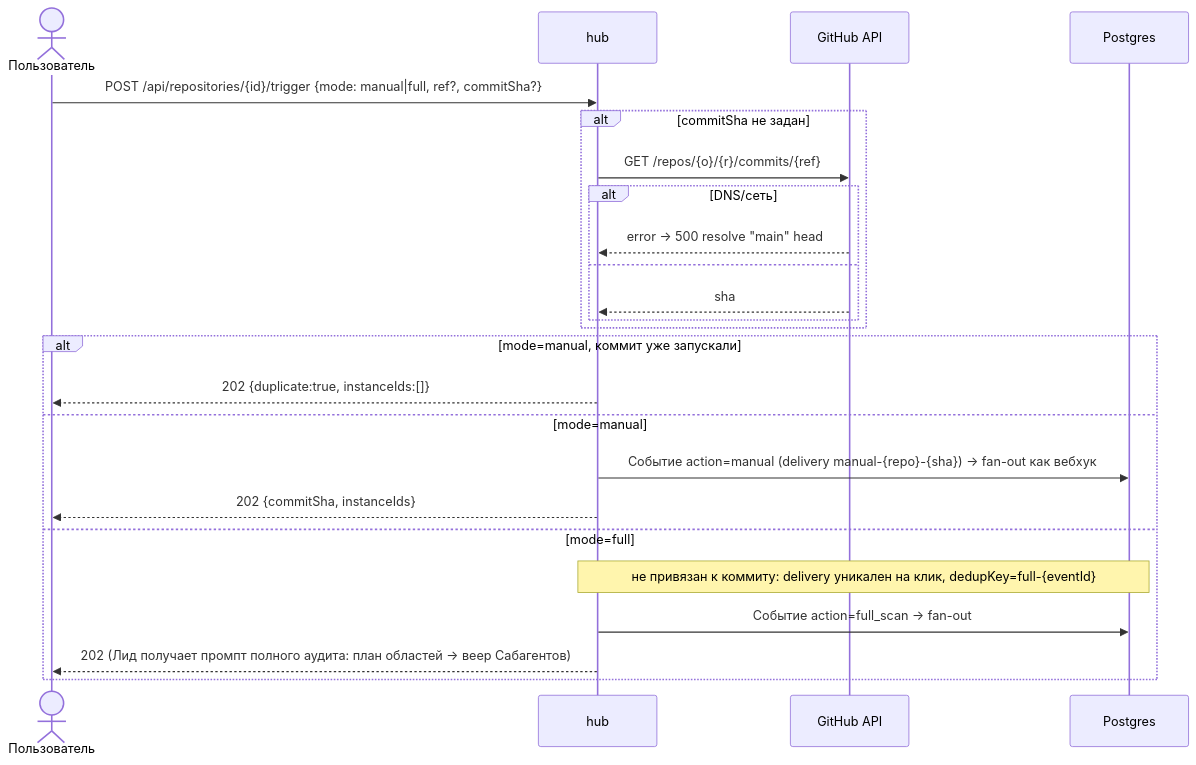
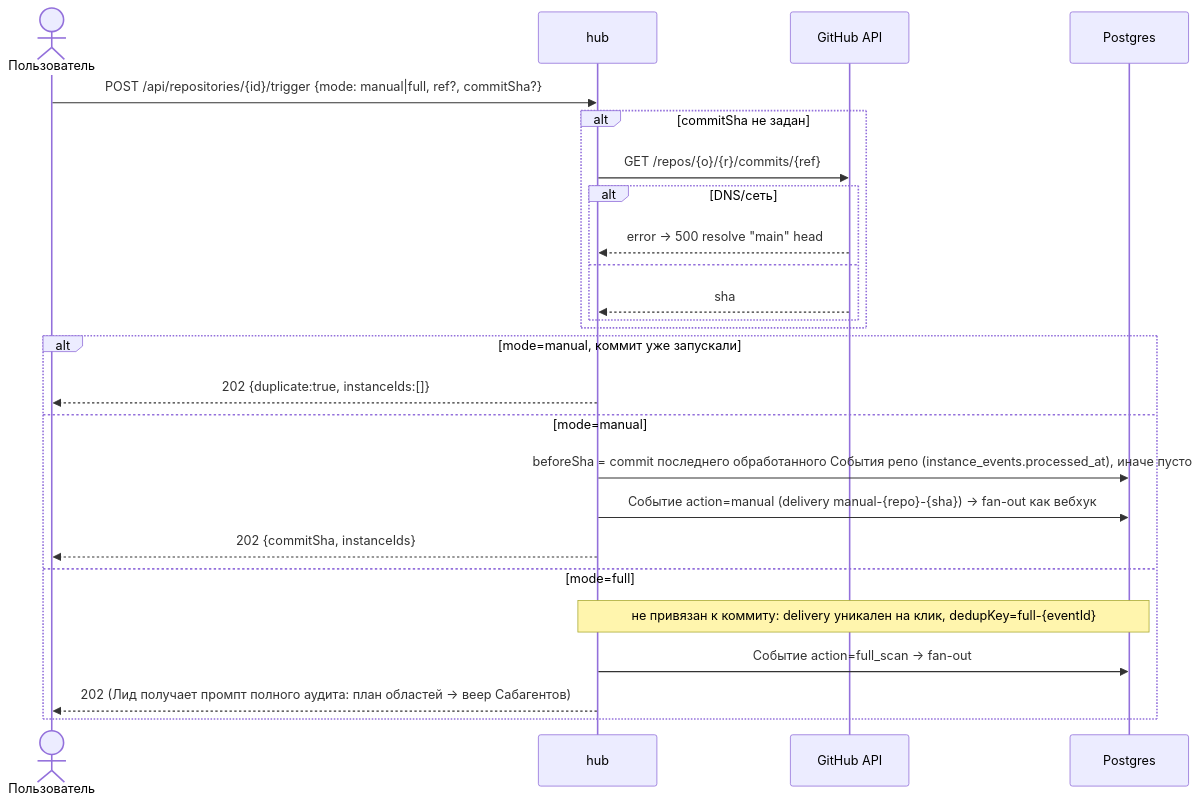
The fifth of 8 diagrams in docs/flows.md (Nap20192/git-agent), drawn with Mermaid before and after one commit. The commit also changed other lines of this file and 4 other files, not shown here.

First line of the commit message:
hub /trigger: manual несёт beforeSha = коммит последнего обработанного События; docs

````diff
--- a/docs/flows.md
+++ b/docs/flows.md
@@ -209,27 +210,28 @@
 ```mermaid
 sequenceDiagram
     actor U as Пользователь
     participant H as hub
     participant G as GitHub API
     participant DB as Postgres
 
     U->>H: POST /api/repositories/{id}/trigger {mode: manual|full, ref?, commitSha?}
     alt commitSha не задан
         H->>G: GET /repos/{o}/{r}/commits/{ref}
         alt DNS/сеть
             G-->>H: error → 500 resolve "main" head
         else
             G-->>H: sha
         end
     end
     alt mode=manual, коммит уже запускали
         H-->>U: 202 {duplicate:true, instanceIds:[]}
     else mode=manual
+        H->>DB: beforeSha = commit последнего обработанного События репо (instance_events.processed_at), иначе пусто
         H->>DB: Событие action=manual (delivery manual-{repo}-{sha}) → fan-out как вебхук
         H-->>U: 202 {commitSha, instanceIds}
     else mode=full
         Note over H,DB: не привязан к коммиту: delivery уникален на клик, dedupKey=full-{eventId}
         H->>DB: Событие action=full_scan → fan-out
         H-->>U: 202 (Лид получает промпт полного аудита: план областей → веер Сабагентов)
     end
 ```
````
